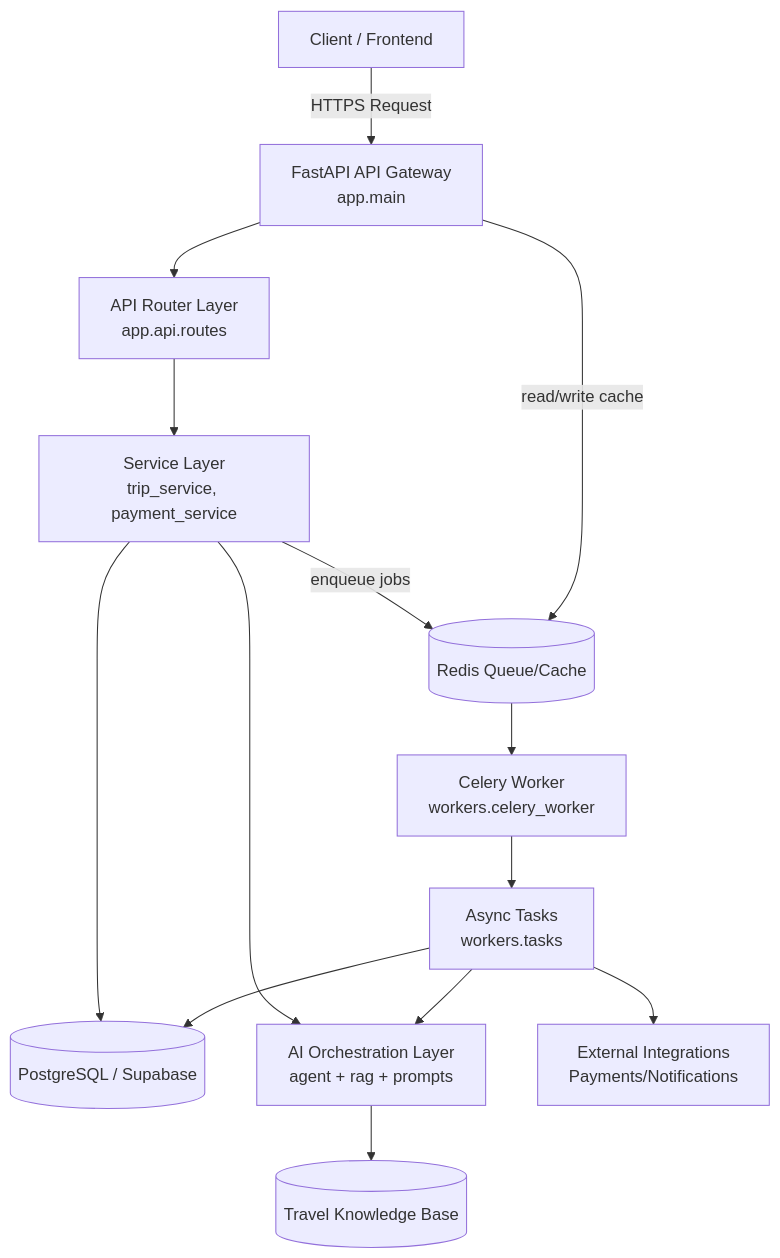
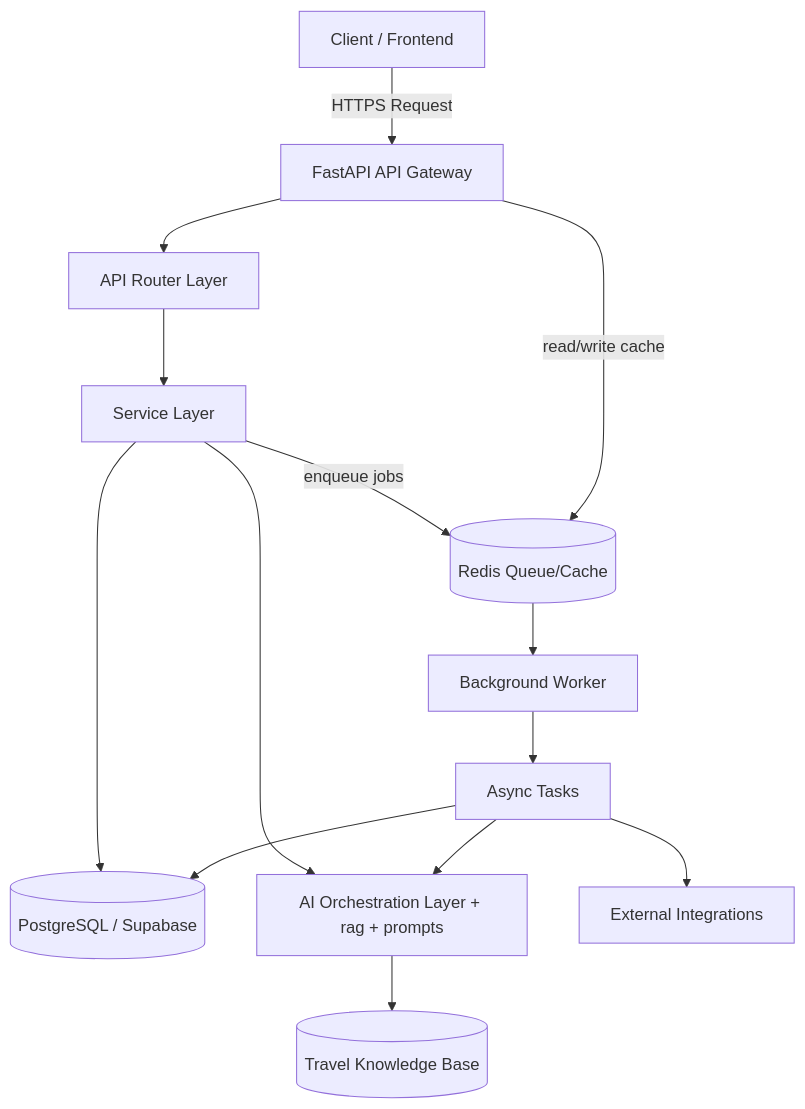
Before and after one commit to Horlawhumy-dev/akwantuo-platform: the diagram in docs/architecture/system-design.md, drawn with Mermaid.

Commit message:
Update system design flowchart for clarity

````diff
--- a/docs/architecture/system-design.md
+++ b/docs/architecture/system-design.md
@@ -5,20 +5,20 @@
 ```mermaid
 flowchart TD
-    U[Client / Frontend] -->|HTTPS Request| API[FastAPI API Gateway\napp.main]
+    U[Client / Frontend] -->|HTTPS Request| API[FastAPI API Gateway]
 
-    API --> R[API Router Layer\napp.api.routes]
-    R --> SVC[Service Layer\ntrip_service, payment_service]
+    API --> R[API Router Layer]
+    R --> SVC[Service Layer]
     SVC --> DB[(PostgreSQL / Supabase)]
-    SVC --> AI[AI Orchestration Layer\nagent + rag + prompts]
+    SVC --> AI[AI Orchestration Layer + rag + prompts]
     AI --> KB[(Travel Knowledge Base)]
 
     SVC -->|enqueue jobs| Q[(Redis Queue/Cache)]
-    Q --> W[Celery Worker\nworkers.celery_worker]
-    W --> T[Async Tasks\nworkers.tasks]
+    Q --> W[Background Worker]
+    W --> T[Async Tasks]
 
     T --> DB
     T --> AI
-    T --> N[External Integrations\nPayments/Notifications]
+    T --> N[External Integrations]
 
     API -->|read/write cache| Q
 ```
````
